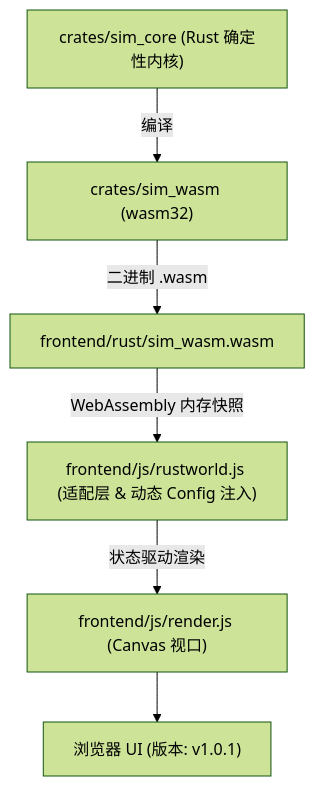
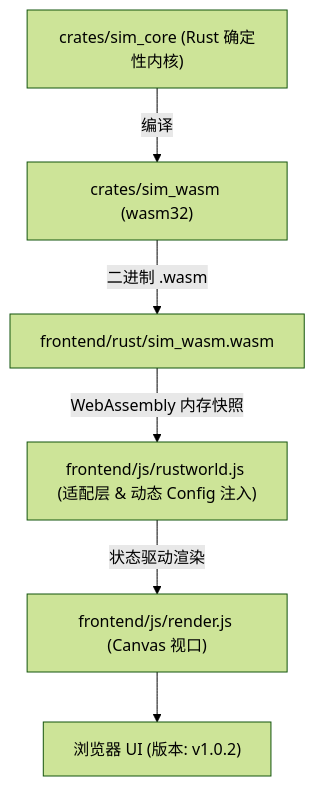
Before and after one commit to g39088902/FlowAndAccord: the diagram in AGENTS.md, drawn with Mermaid (forest theme). The commit also changed other lines of this file and 5 other files, not shown here.

````diff
--- a/AGENTS.md
+++ b/AGENTS.md
@@ -45,8 +46,8 @@
 ```mermaid
 graph TD
     A["crates/sim_core (Rust 确定性内核)"] -->|编译| B["crates/sim_wasm (wasm32)"]
     B -->|二进制 .wasm| C["frontend/rust/sim_wasm.wasm"]
     C -->|WebAssembly 内存快照| D["frontend/js/rustworld.js (适配层 & 动态 Config 注入)"]
     D -->|状态驱动渲染| E["frontend/js/render.js (Canvas 视口)"]
-    E --> F["浏览器 UI (版本: v1.0.1)"]
+    E --> F["浏览器 UI (版本: v1.0.2)"]
 ```
````
